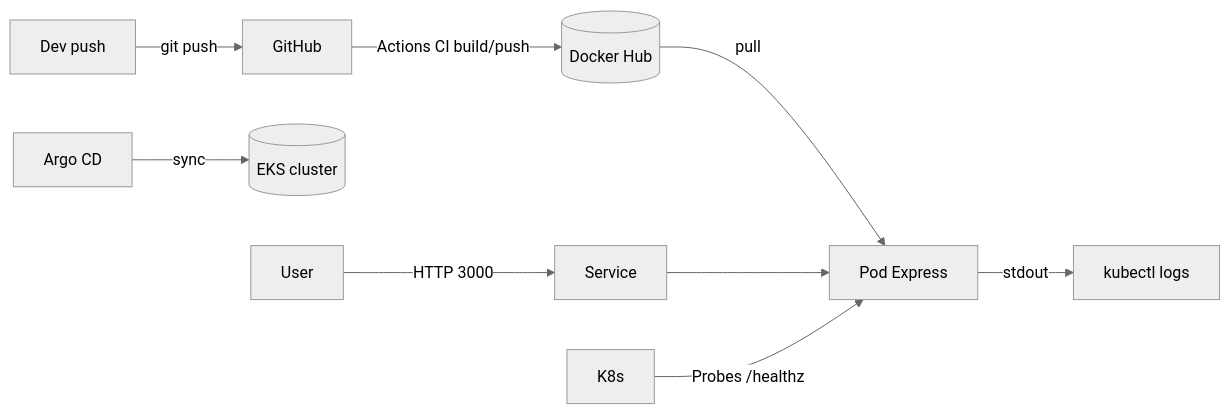
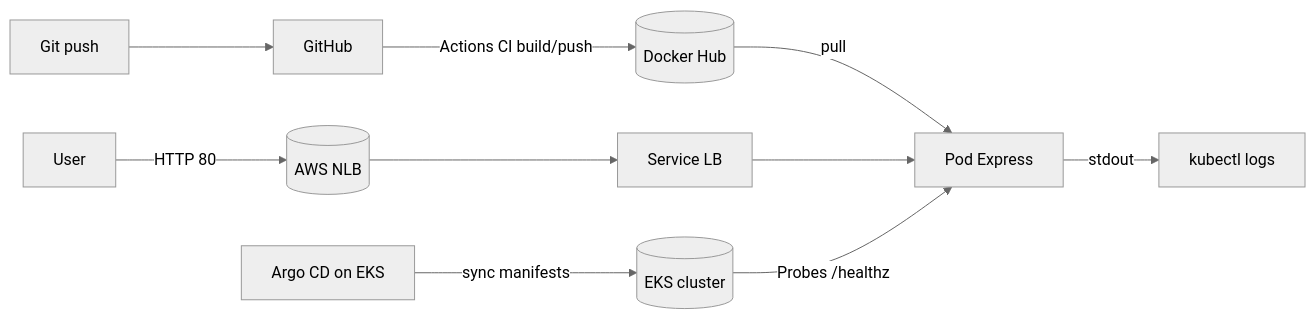
Before and after one commit to rivachef/fiap-demo-12-factor-app: the diagram in README.md, drawn with Mermaid (neutral theme). The commit also changed other lines of this file and 1 other file, not shown here.

Commit message:
docs: update architecture diagram and add quickstart guide with NLB support

````diff
--- a/README.md
+++ b/README.md
@@ -14,10 +17,10 @@
 ```mermaid
 flowchart LR
-  Dev[Dev push] -->|git push| GH[GitHub]
+  Dev[Git push] --> GH[GitHub]
   GH -->|Actions CI build/push| DH[(Docker Hub)]
-  ACD[Argo CD] -->|sync| EKS[(EKS cluster)]
+  ACD[Argo CD on EKS] -->|sync manifests| EKS[(EKS cluster)]
   DH -->|pull| AppPod[Pod Express]
-  User -->|HTTP 3000| SVC[Service] --> AppPod
-  K8s -->|Probes /healthz| AppPod
+  User -->|HTTP 80| NLB[(AWS NLB)] --> SVC[Service LB] --> AppPod
+  EKS -->|Probes /healthz| AppPod
   AppPod -->|stdout| Logs[kubectl logs]
 ```
````
